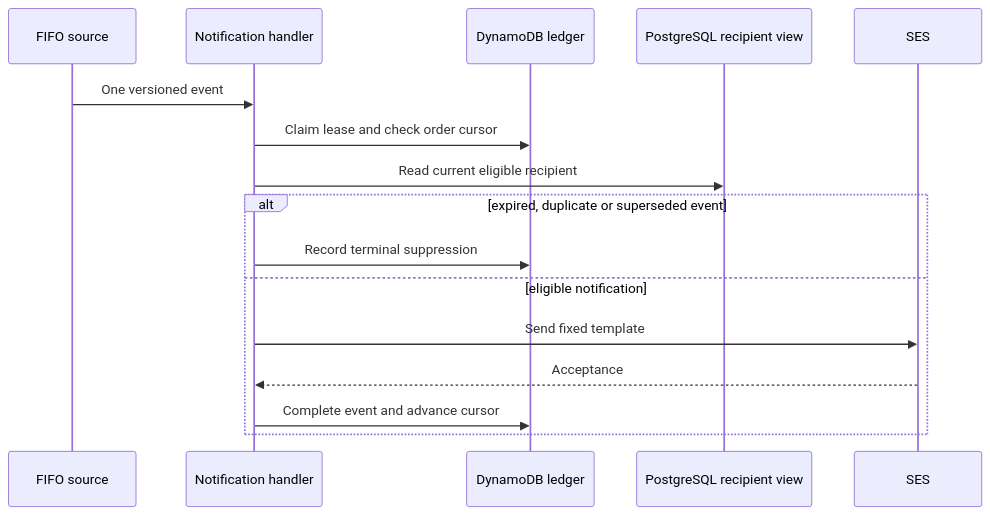
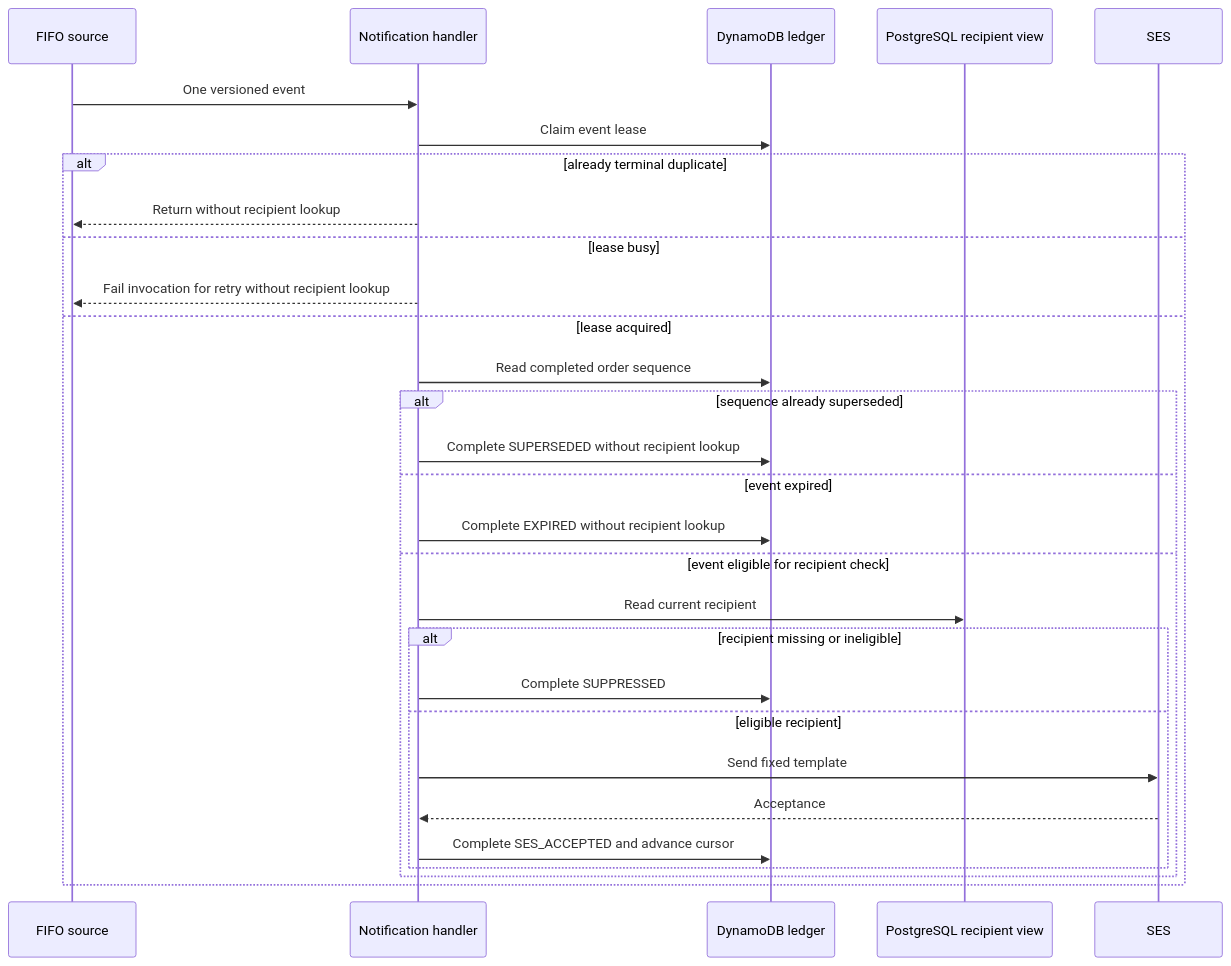
One commit to rafaelxvr/Tech-challenge-15SOAT-functions changed the second of 2 diagrams in docs/architecture.md. Above: the diagram before and after it, drawn with Mermaid.

Commit message:
docs: order notification terminal checks before recipient lookup

````diff
--- a/docs/architecture.md
+++ b/docs/architecture.md
@@ -24,18 +24,31 @@
 ```mermaid
 sequenceDiagram
   participant Q as FIFO source
   participant N as Notification handler
   participant D as DynamoDB ledger
   participant P as PostgreSQL recipient view
   participant S as SES
   Q->>N: One versioned event
-  N->>D: Claim lease and check order cursor
-  N->>P: Read current eligible recipient
-  alt expired, duplicate or superseded event
-    N->>D: Record terminal suppression
-  else eligible notification
-    N->>S: Send fixed template
-    S-->>N: Acceptance
-    N->>D: Complete event and advance cursor
+  N->>D: Claim event lease
+  alt already terminal duplicate
+    N-->>Q: Return without recipient lookup
+  else lease busy
+    N-->>Q: Fail invocation for retry without recipient lookup
+  else lease acquired
+    N->>D: Read completed order sequence
+    alt sequence already superseded
+      N->>D: Complete SUPERSEDED without recipient lookup
+    else event expired
+      N->>D: Complete EXPIRED without recipient lookup
+    else event eligible for recipient check
+      N->>P: Read current recipient
+      alt recipient missing or ineligible
+        N->>D: Complete SUPPRESSED
+      else eligible recipient
+        N->>S: Send fixed template
+        S-->>N: Acceptance
+        N->>D: Complete SES_ACCEPTED and advance cursor
+      end
+    end
   end
 ```
````
